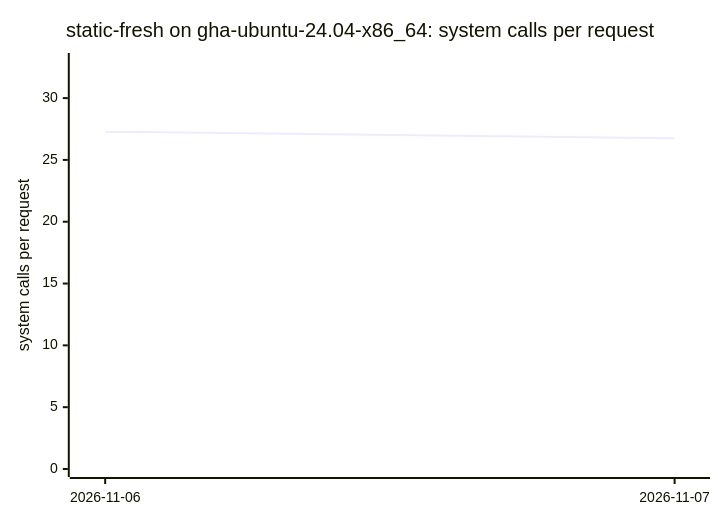
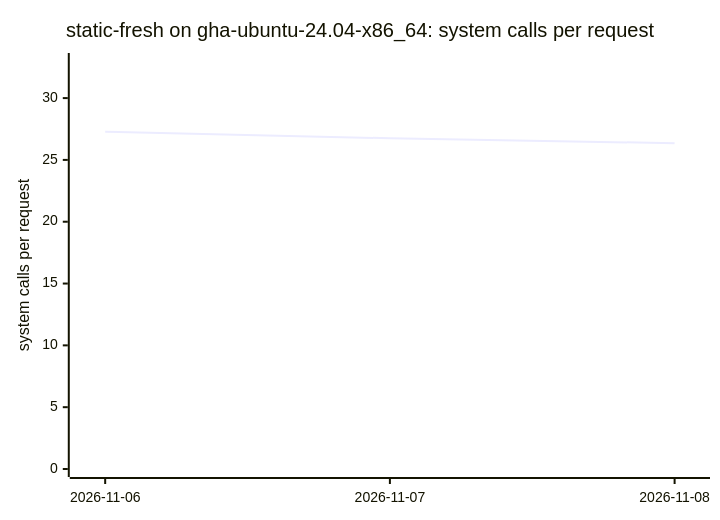
Before and after one commit to ThePixelPilgrim/durchlauferhitzer: diagram 11 of 16 in BENCHMARKS.md, drawn with Mermaid. The commit also changed other lines of this file and 1 other file, not shown here.

````diff
--- a/BENCHMARKS.md
+++ b/BENCHMARKS.md
@@ -127,7 +127,7 @@
 ```mermaid
 xychart-beta
   title "static-fresh on gha-ubuntu-24.04-x86_64: system calls per request"
-  x-axis ["2026-11-06", "2026-11-07"]
+  x-axis ["2026-11-06", "2026-11-07", "2026-11-08"]
   y-axis "system calls per request" 0 --> 33
-  line [27.28, 26.75]
+  line [27.28, 26.75, 26.35]
 ```
````
